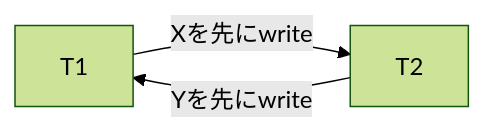
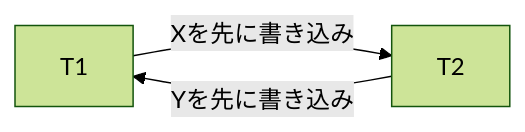
The second of 4 diagrams in src/content/docs/04-transactions/10-acid-isolation.md (hirunebot/database-systems-book), drawn with Mermaid (forest theme) before and after one commit. The commit also changed other lines of this file and 42 other files, not shown here.

````diff
--- a/src/content/docs/04-transactions/10-acid-isolation.md
+++ b/src/content/docs/04-transactions/10-acid-isolation.md
@@ -145,5 +145,5 @@
 ```mermaid
 flowchart LR
-    T1["T1"] -->|"Xを先にwrite"| T2["T2"]
-    T2 -->|"Yを先にwrite"| T1
+    T1["T1"] -->|"Xを先に書き込み"| T2["T2"]
+    T2 -->|"Yを先に書き込み"| T1
 ```
````
